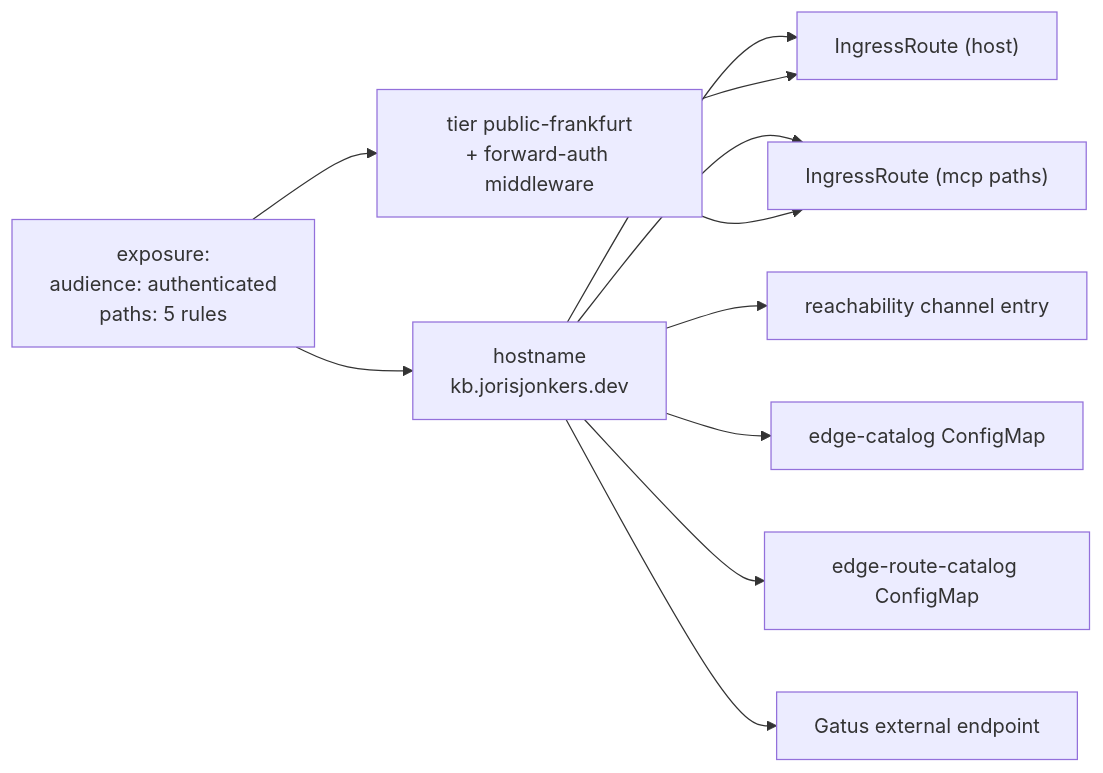
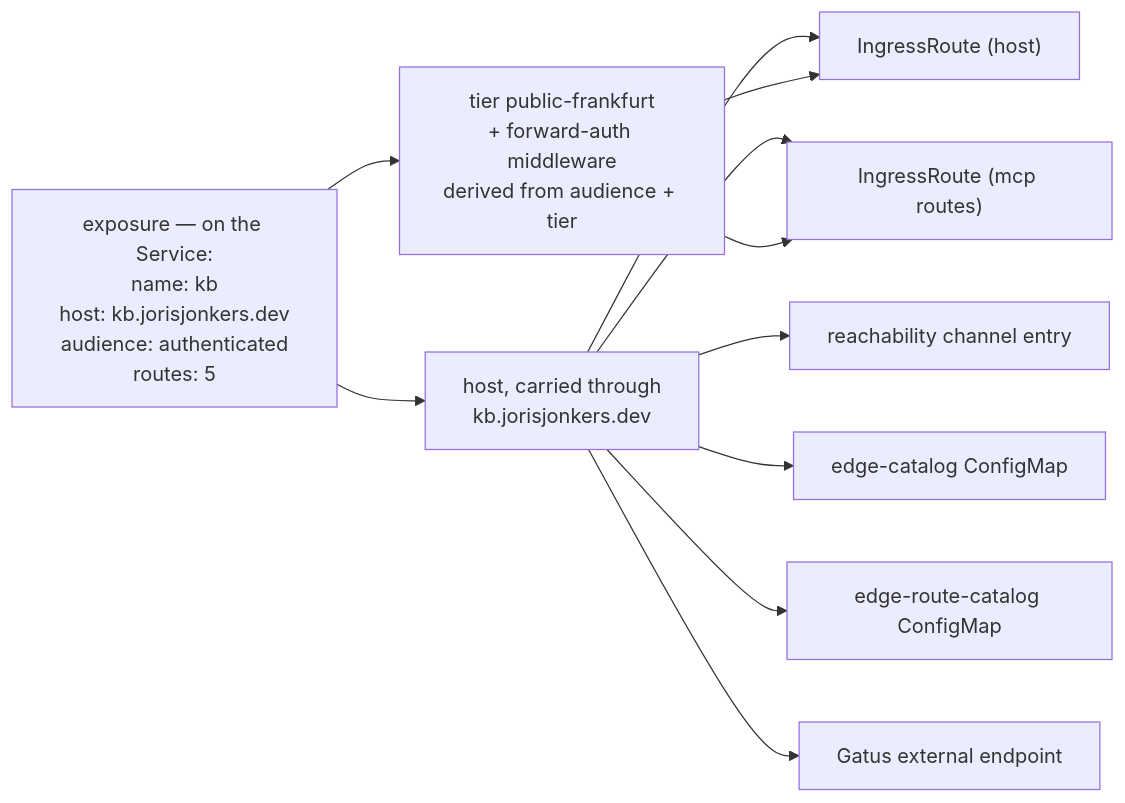
One commit to JorisJonkers-dev/deploy-kit changed the third of 3 diagrams in spec/v1/16-dependencies.md. Above: the diagram before and after it, drawn with Mermaid. The commit also changed other lines of this file and 66 other files, not shown here.

````diff
--- a/spec/v1/16-dependencies.md
+++ b/spec/v1/16-dependencies.md
@@ -500,16 +510,16 @@
 ```mermaid
 flowchart LR
-    X["exposure:<br/>audience: authenticated<br/>paths: 5 rules"]
+    X["exposure — on the Service:<br/>name: kb<br/>host: kb.jorisjonkers.dev<br/>audience: authenticated<br/>routes: 5"]
 
-    X --> H["hostname<br/>kb.jorisjonkers.dev"]
-    X --> T["tier public-frankfurt<br/>+ forward-auth middleware"]
+    X --> H["host, carried through<br/>kb.jorisjonkers.dev"]
+    X --> T["tier public-frankfurt<br/>+ forward-auth middleware<br/>derived from audience + tier"]
 
     H --> A1["IngressRoute (host)"]
-    H --> A2["IngressRoute (mcp paths)"]
+    H --> A2["IngressRoute (mcp routes)"]
     H --> A3["reachability channel entry"]
     H --> A4["edge-catalog ConfigMap"]
     H --> A5["edge-route-catalog ConfigMap"]
     H --> A6["Gatus external endpoint"]
     T --> A1
     T --> A2
 ```
````
